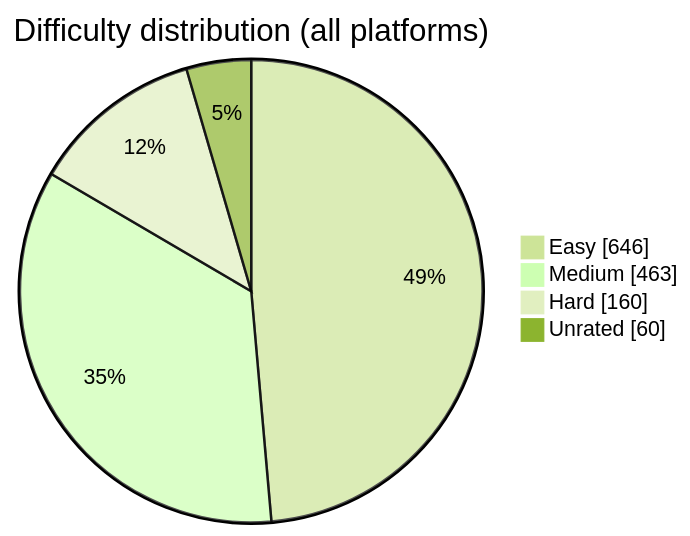
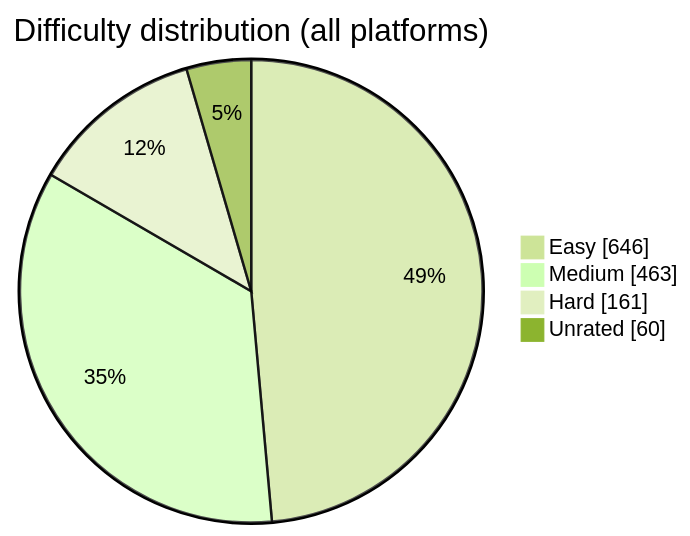
Before and after one commit to BuildbyArindam/Daily-Coding-Log: the diagram in README.md, drawn with Mermaid (forest theme). The commit also changed other lines of this file, not shown here.

````diff
--- a/README.md
+++ b/README.md
@@ -93,7 +93,7 @@
 ```mermaid
 pie showData title Difficulty distribution (all platforms)
     "Easy" : 646
     "Medium" : 463
-    "Hard" : 160
+    "Hard" : 161
     "Unrated" : 60
 ```
````
